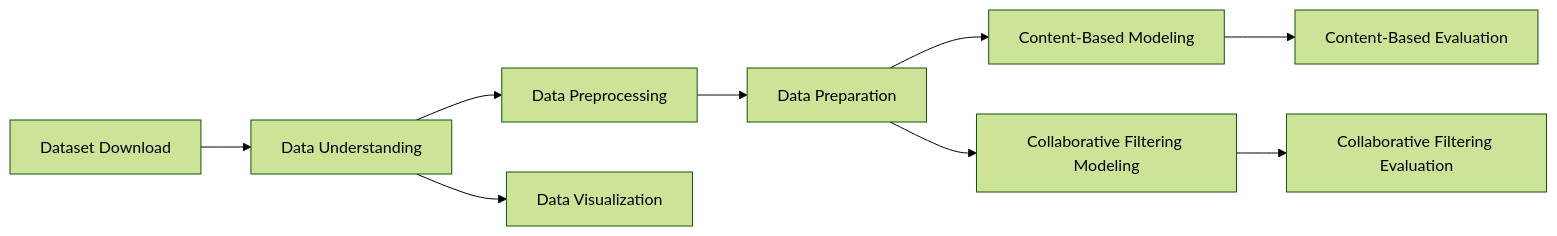
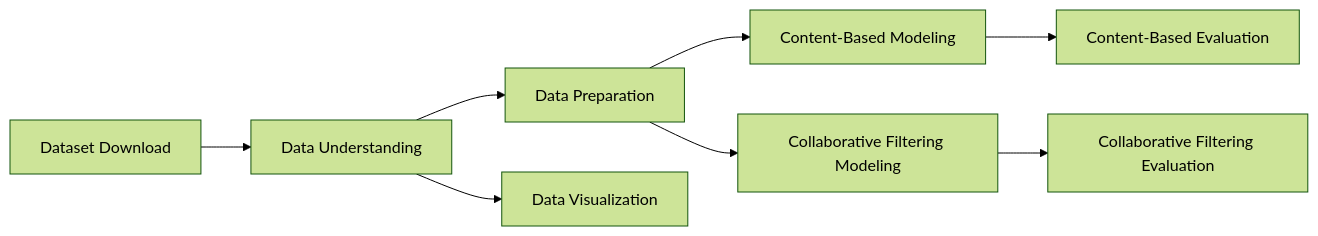
One commit to addsarah/system-recommendation changed the diagram in README.md. Above: the diagram before and after it, drawn with Mermaid (forest theme). The commit also changed other lines of this file, not shown here.

````diff
--- a/README.md
+++ b/README.md
@@ -46,11 +46,10 @@
 ```mermaid
 flowchart LR
     A[Dataset Download] --> B[Data Understanding]
-    B --> C[Data Preprocessing]
-    C --> D[Data Preparation]
-    D --> E1[Content-Based Modeling]
-    D --> E2[Collaborative Filtering Modeling]
-    E1 --> F1[Content-Based Evaluation]
-    E2 --> F2[Collaborative Filtering Evaluation]
-    B --> G[Data Visualization]
+    B --> C[Data Preparation]
+    C --> D1[Content-Based Modeling]
+    C --> D2[Collaborative Filtering Modeling]
+    D1 --> E1[Content-Based Evaluation]
+    D2 --> E2[Collaborative Filtering Evaluation]
+    B --> F[Data Visualization]
 ```
````
